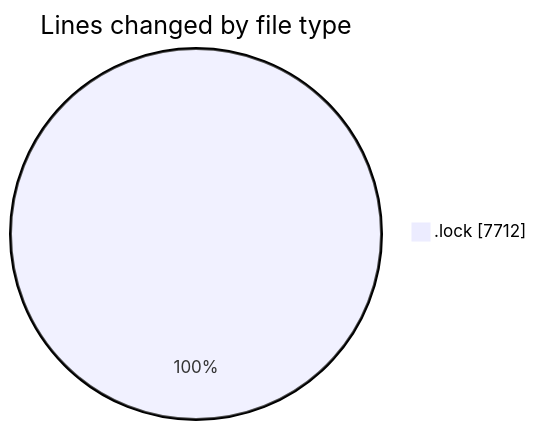
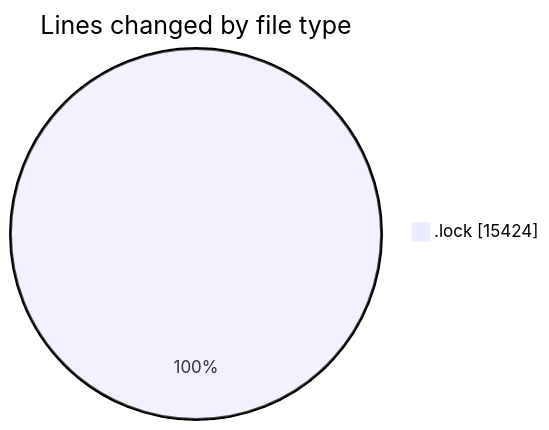
The first of 2 diagrams in 2025-05-22/cda/README.md (momahboobian/code-tracking), drawn with Mermaid before and after one commit. The commit also changed other lines of this file and 1 other file, not shown here.

````diff
--- a/2025-05-22/cda/README.md
+++ b/2025-05-22/cda/README.md
@@ -20,5 +20,5 @@
 ```mermaid
 pie showData
 title Lines changed by file type
-".lock" : 7712
+".lock" : 15424
 ```
````
